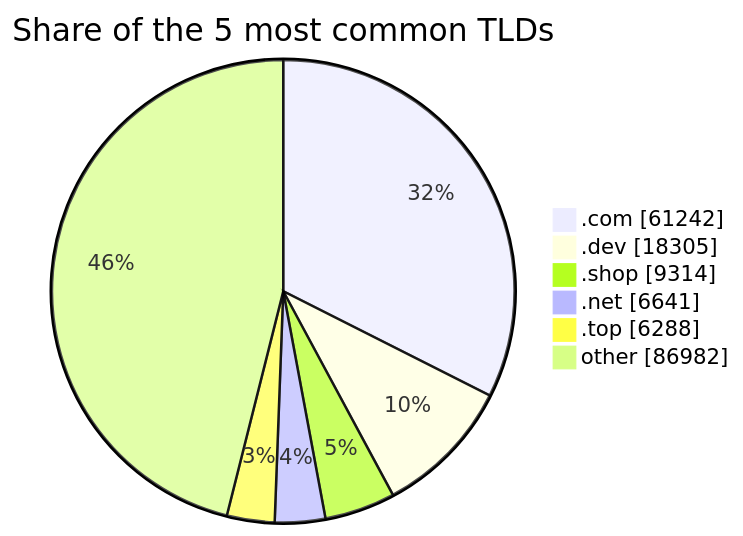
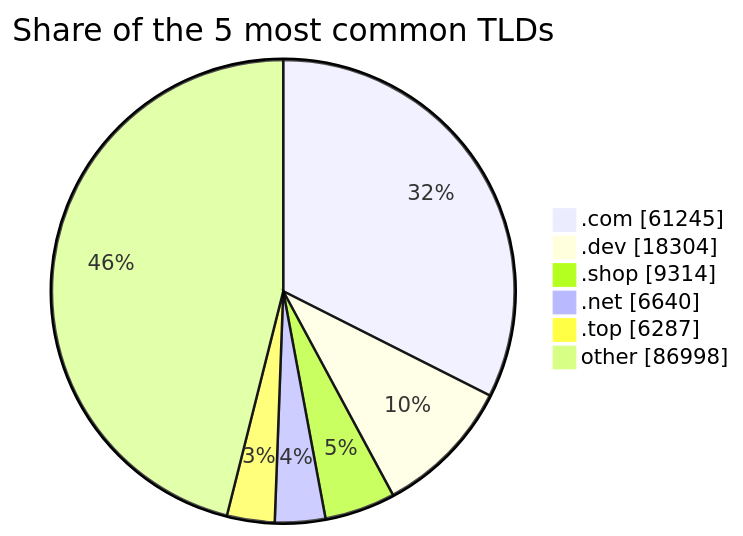
Before and after one commit to DNSBunker/CTI: the third of 3 diagrams in README.md, drawn with Mermaid. The commit also changed other lines of this file and 3 other files, not shown here.

````diff
--- a/README.md
+++ b/README.md
@@ -81,9 +81,9 @@
 ```mermaid
 pie showData title Share of the 5 most common TLDs
-    ".com" : 61242
-    ".dev" : 18305
+    ".com" : 61245
+    ".dev" : 18304
     ".shop" : 9314
-    ".net" : 6641
-    ".top" : 6288
-    "other" : 86982
+    ".net" : 6640
+    ".top" : 6287
+    "other" : 86998
 ```
````
